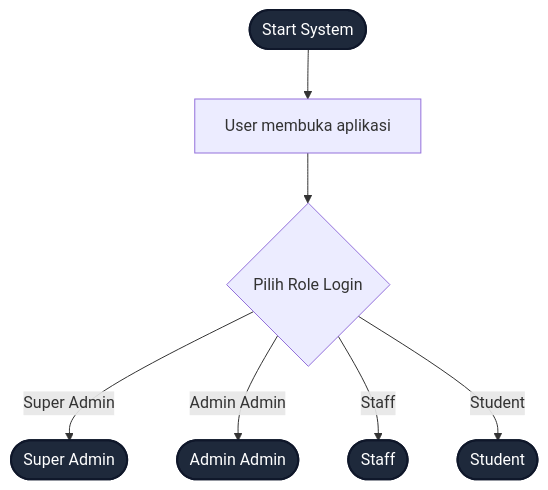
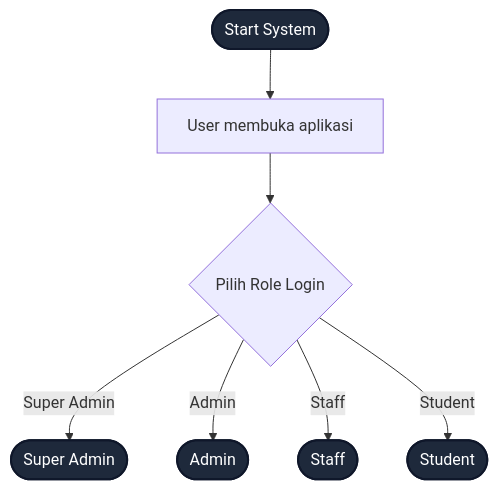
One commit to nirwana-tim/Horizon-UniStock changed the first of 6 diagrams in docs/project/flowchart.md. Above: the diagram before and after it, drawn with Mermaid. The commit also changed other lines of this file and 27 other files, not shown here.

````diff
--- a/docs/project/flowchart.md
+++ b/docs/project/flowchart.md
@@ -16,15 +16,15 @@
 ```mermaid
 flowchart TD
     classDef startEnd fill:#1e293b,color:#fff,stroke:#0f172a,stroke-width:2px
 
     START([Start System]) --> B[User membuka aplikasi]
     B --> C{Pilih Role Login}
 
     C -->|Super Admin| SA([Super Admin])
-    C -->|Admin Admin| FA([Admin Admin])
+    C -->|Admin| FA([Admin])
     C -->|Staff| ST([Staff])
     C -->|Student| SU([Student])
 
     class START startEnd
     class SA,FA,ST,SU startEnd
 ```
````
